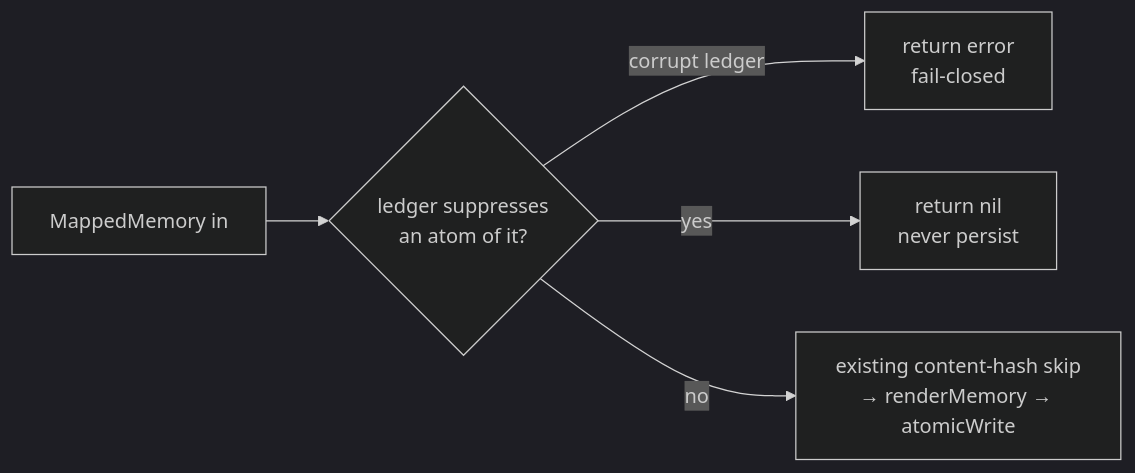
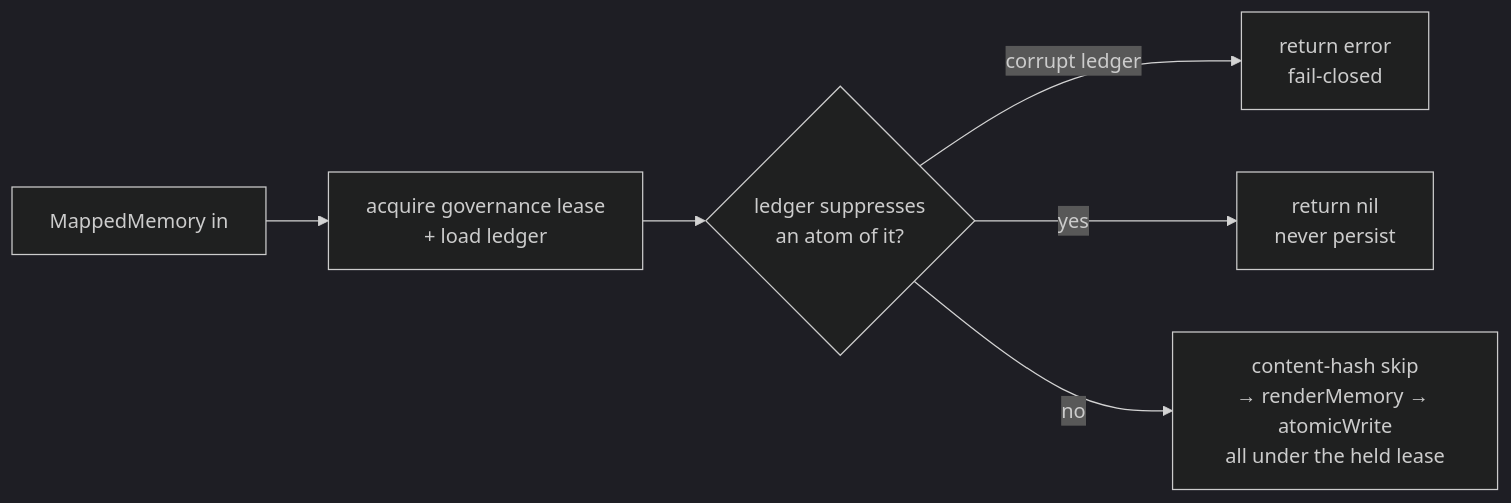
Before and after one commit to pyranthus-hq/mora: the diagram in docs/architecture/17-governance-ledger.md, drawn with Mermaid (dark theme). The commit also changed other lines of this file and 3 other files, not shown here.

````diff
--- a/docs/architecture/17-governance-ledger.md
+++ b/docs/architecture/17-governance-ledger.md
@@ -37,7 +37,8 @@
 ```mermaid
 flowchart LR
-    MM[MappedMemory in] --> G{ledger suppresses<br/>an atom of it?}
+    MM[MappedMemory in] --> L[acquire governance lease<br/>+ load ledger]
+    L --> G{ledger suppresses<br/>an atom of it?}
     G -->|corrupt ledger| ERR[return error<br/>fail-closed]
     G -->|yes| SKIP[return nil<br/>never persist]
-    G -->|no| W[existing content-hash skip<br/>→ renderMemory → atomicWrite]
+    G -->|no| W[content-hash skip<br/>→ renderMemory → atomicWrite<br/>all under the held lease]
 ```
````
